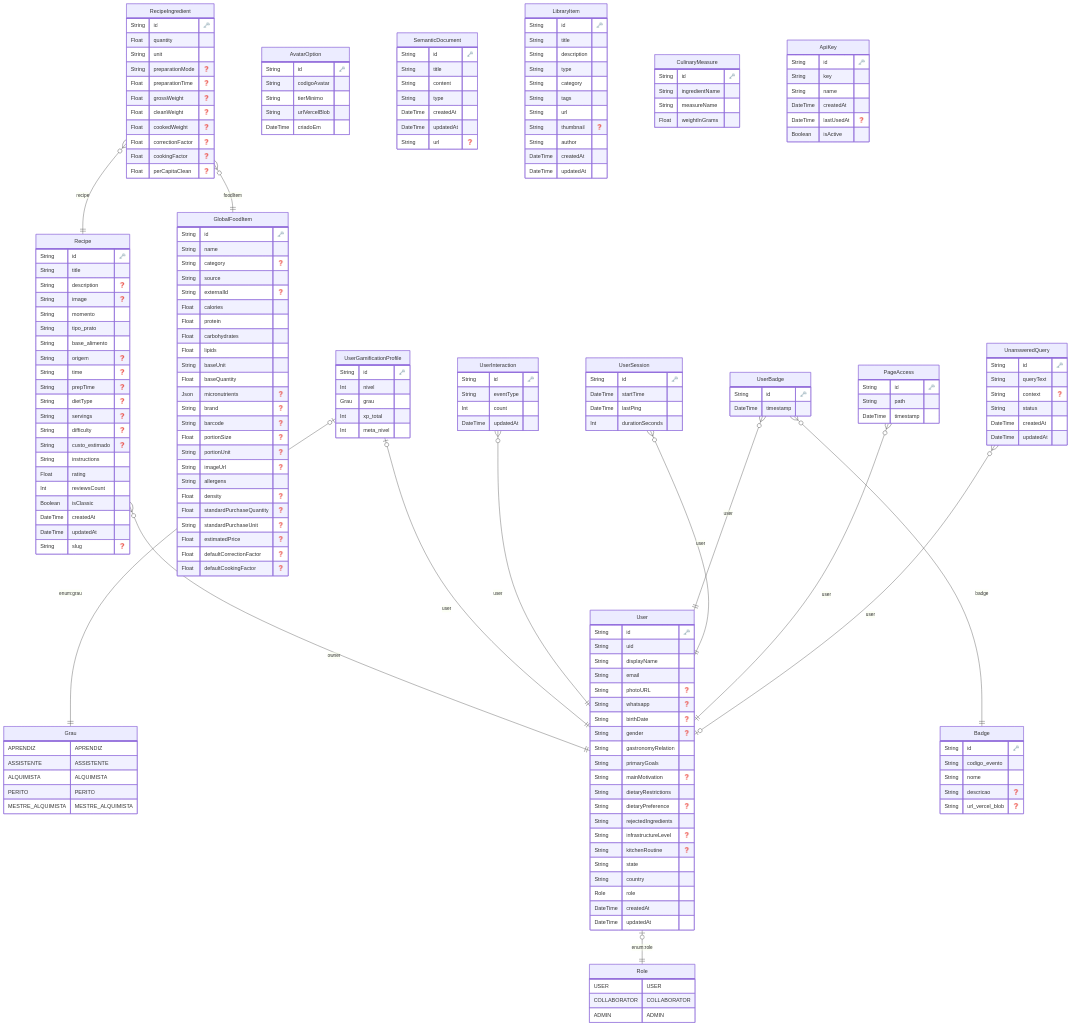
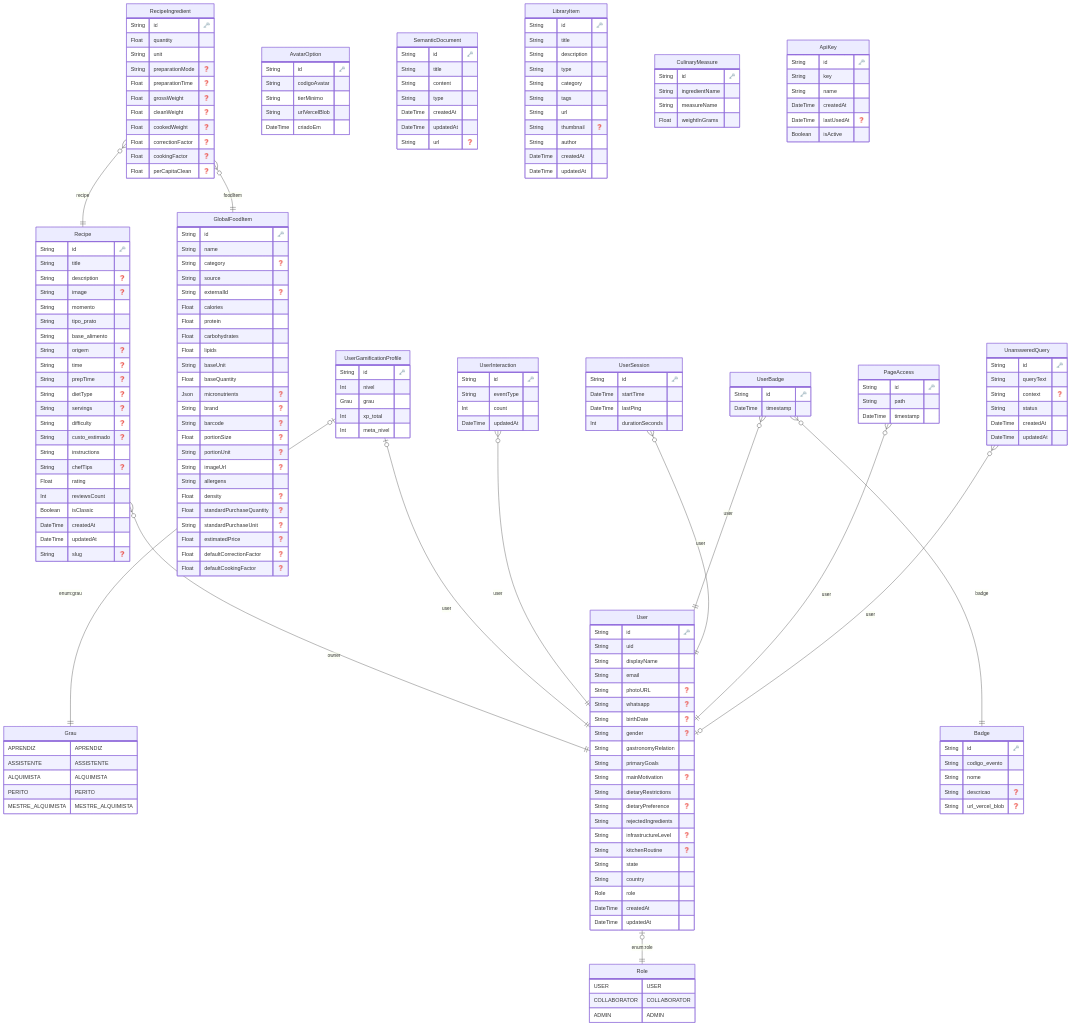
The diagram in specs/ERD.md (Sarge2024/alchemist), drawn with Mermaid before and after one commit. The commit also changed 7 other files, not shown here.

Commit message:
feat: add chefTips to recipes and implement manual ingredient creation in admin panel

```diff
--- a/specs/ERD.md
+++ b/specs/ERD.md
@@ -58,6 +58,7 @@
     String difficulty "❓"
     String custo_estimado "❓"
     String instructions 
+    String chefTips "❓"
     Float rating 
     Int reviewsCount 
     Boolean isClassic 
```
